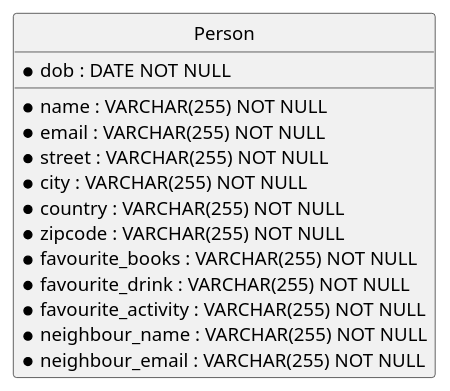
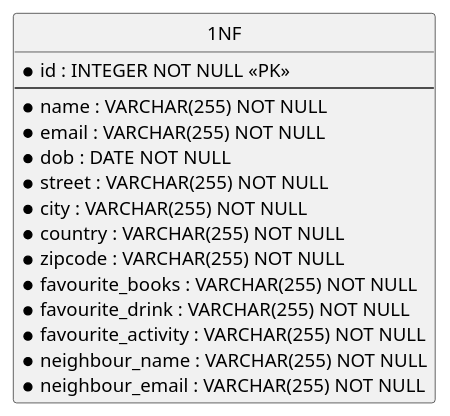
The diagram in Assessment/TASK1/1NF.plantuml (sudefidan/Advanced_Database), drawn with PlantUML before and after one commit.

```diff
--- a/Assessment/TASK1/1NF.plantuml
+++ b/Assessment/TASK1/1NF.plantuml
@@ -1,20 +1,22 @@
 @startuml 1NF
 
 hide circle
 
-entity "Person" {
+entity "1NF" {
+  * id : INTEGER NOT NULL <<PK>>
+  --
   * name : VARCHAR(255) NOT NULL
   * email : VARCHAR(255) NOT NULL
   * dob : DATE NOT NULL
   * street : VARCHAR(255) NOT NULL
   * city : VARCHAR(255) NOT NULL
   * country : VARCHAR(255) NOT NULL
   * zipcode : VARCHAR(255) NOT NULL
   * favourite_books : VARCHAR(255) NOT NULL
   * favourite_drink : VARCHAR(255) NOT NULL
   * favourite_activity : VARCHAR(255) NOT NULL
   * neighbour_name : VARCHAR(255) NOT NULL
   * neighbour_email : VARCHAR(255) NOT NULL
 }
 
 @enduml
```
